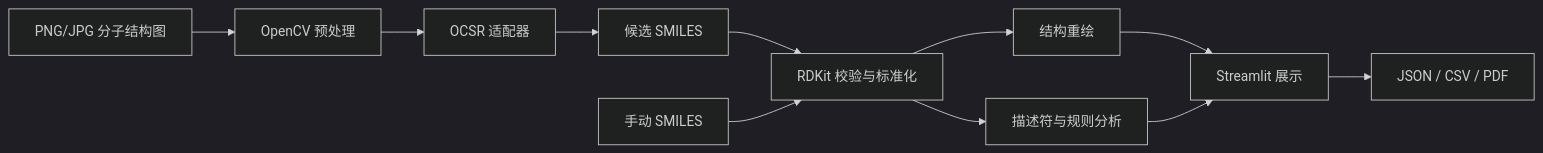
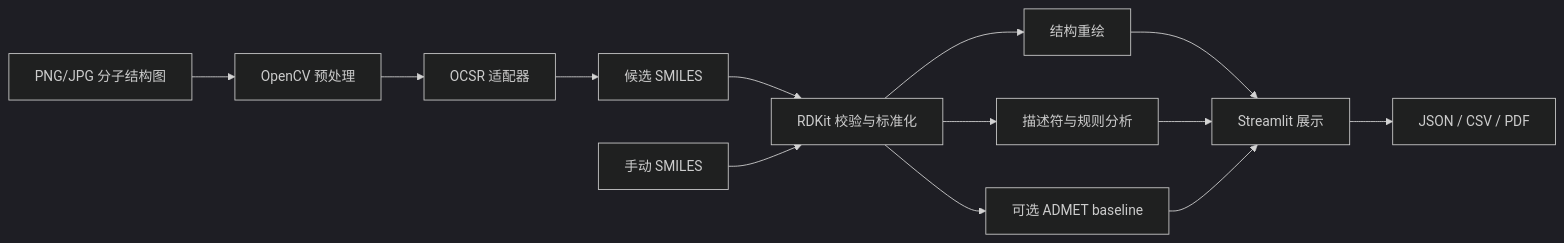
The diagram in README.md (jinmuyan1235/Computer-Vision-Based-Molecular-Structure-Image-Recognition-and-Property-Analysis-System), drawn with Mermaid (dark theme) before and after one commit. The commit also changed other lines of this file and 27 other files, not shown here.

````diff
--- a/README.md
+++ b/README.md
@@ -32,13 +34,15 @@
 ```mermaid
 flowchart LR
     A["PNG/JPG 分子结构图"] --> B["OpenCV 预处理"]
     B --> C["OCSR 适配器"]
     C --> D["候选 SMILES"]
     D --> E["RDKit 校验与标准化"]
     E --> F["结构重绘"]
     E --> G["描述符与规则分析"]
+    E --> K["可选 ADMET baseline"]
     F --> H["Streamlit 展示"]
     G --> H
+    K --> H
     H --> I["JSON / CSV / PDF"]
     J["手动 SMILES"] --> E
 ```
````
